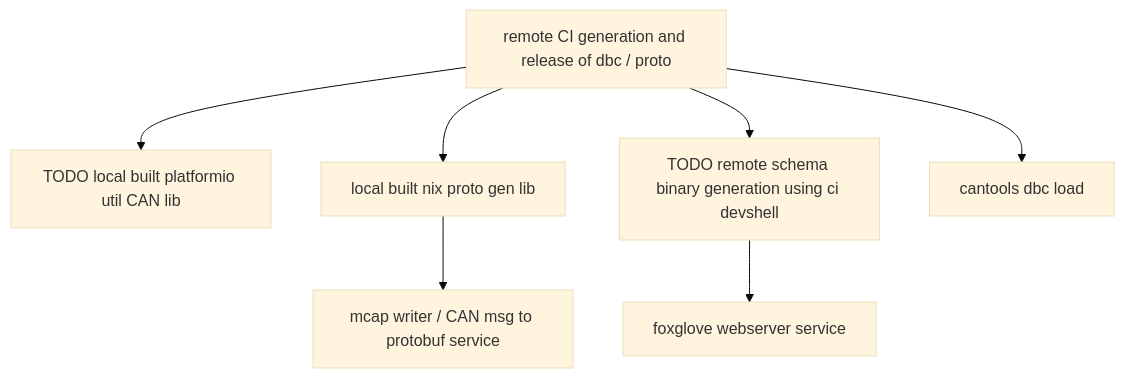
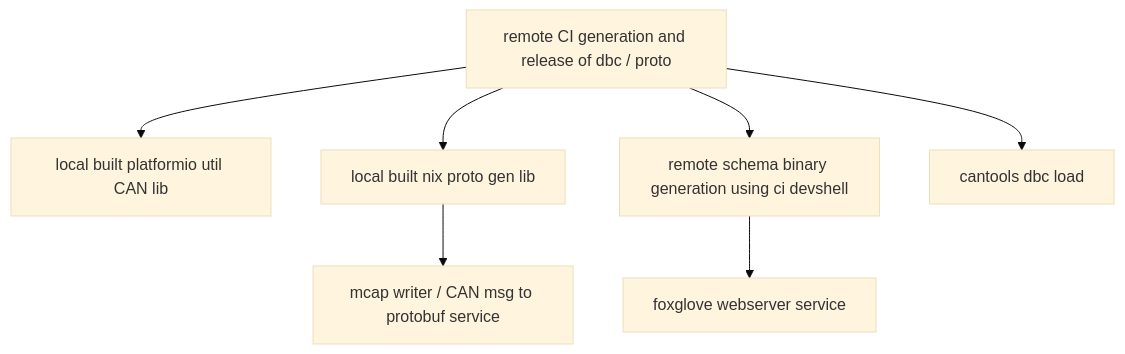
The first of 2 diagrams in README.md (RCMast3r/data_acq), drawn with Mermaid (base theme) before and after one commit. The commit also changed other lines of this file and 11 other files, not shown here.

Commit message:
adding in nix-proto overlay generation

````diff
--- a/README.md
+++ b/README.md
@@ -26,11 +28,11 @@
 ```mermaid
 flowchart TD
 
-CI[remote CI generation and release of dbc / proto] --> pio[TODO local built platformio util CAN lib]
+CI[remote CI generation and release of dbc / proto] --> pio[local built platformio util CAN lib]
 CI --> np[local built nix proto gen lib]
-CI --> bin[TODO remote schema binary generation using ci devshell]
+CI --> bin[remote schema binary generation using ci devshell]
 bin --> fg[foxglove webserver service]
 np --> mc[mcap writer / CAN msg to protobuf service]
 CI --> cantools[cantools dbc load]
 
 ```
````
